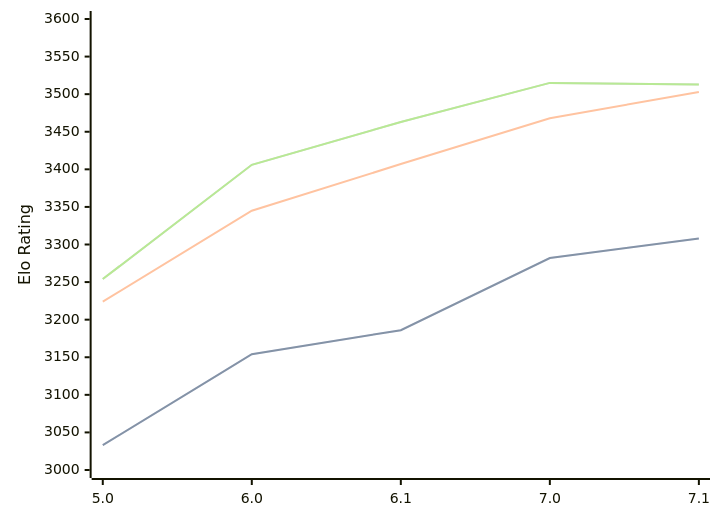
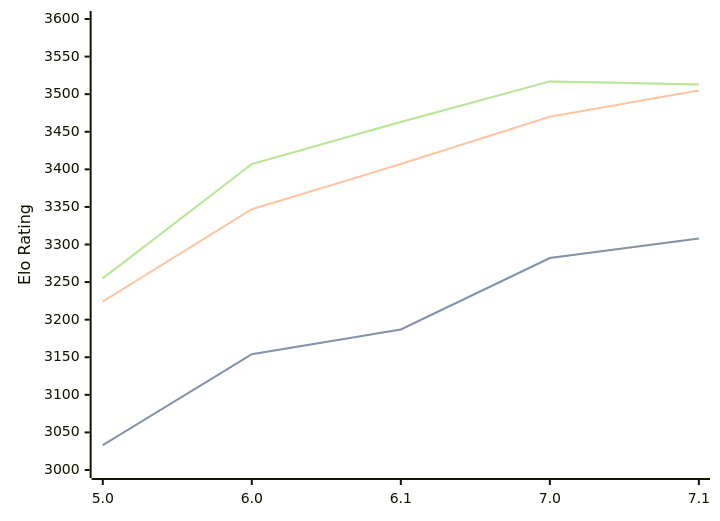
The third of 3 diagrams in engines/PZChessBot.md (computer-chess-index/cci), drawn with Mermaid before and after one commit. The commit also changed other lines of this file, not shown here.

Commit message:
Update CCI Ratings (ELO VLTC) - 2026-07-18

````diff
--- a/engines/PZChessBot.md
+++ b/engines/PZChessBot.md
@@ -77,11 +77,11 @@
 ```mermaid
 %%{init: {"theme":"base","themeVariables":{"seriesColors:['#a3a3a3','#222221','#faa371']}}}%%
 xychart-beta
   x-axis ["5.0", "6.0", "6.1", "7.0", "7.1"]
   y-axis "Elo Rating" 3000 --> 3600
-  line "STC (8.0+0.08s)" [3033, 3154, 3186, 3282, 3308]
-  line "STC (8.0+0.08s)" [3033, 3154, 3186, 3282, 3308]
-  line "LTC (60.0+0.60s)" [3224, 3345, 3407, 3468, 3503]
-  line "VLTC (2m24s+1.12s)" [3254, 3406, 3463, 3515, 3513]
-  line "VLTC (2m24s+1.12s)" [3254, 3406, 3463, 3515, 3513]
+  line "STC (8.0+0.08s)" [3033, 3154, 3187, 3282, 3308]
+  line "STC (8.0+0.08s)" [3033, 3154, 3187, 3282, 3308]
+  line "LTC (60.0+0.60s)" [3224, 3347, 3407, 3470, 3505]
+  line "VLTC (2m24s+1.12s)" [3255, 3407, 3463, 3517, 3513]
+  line "VLTC (2m24s+1.12s)" [3255, 3407, 3463, 3517, 3513]
 ```
````
